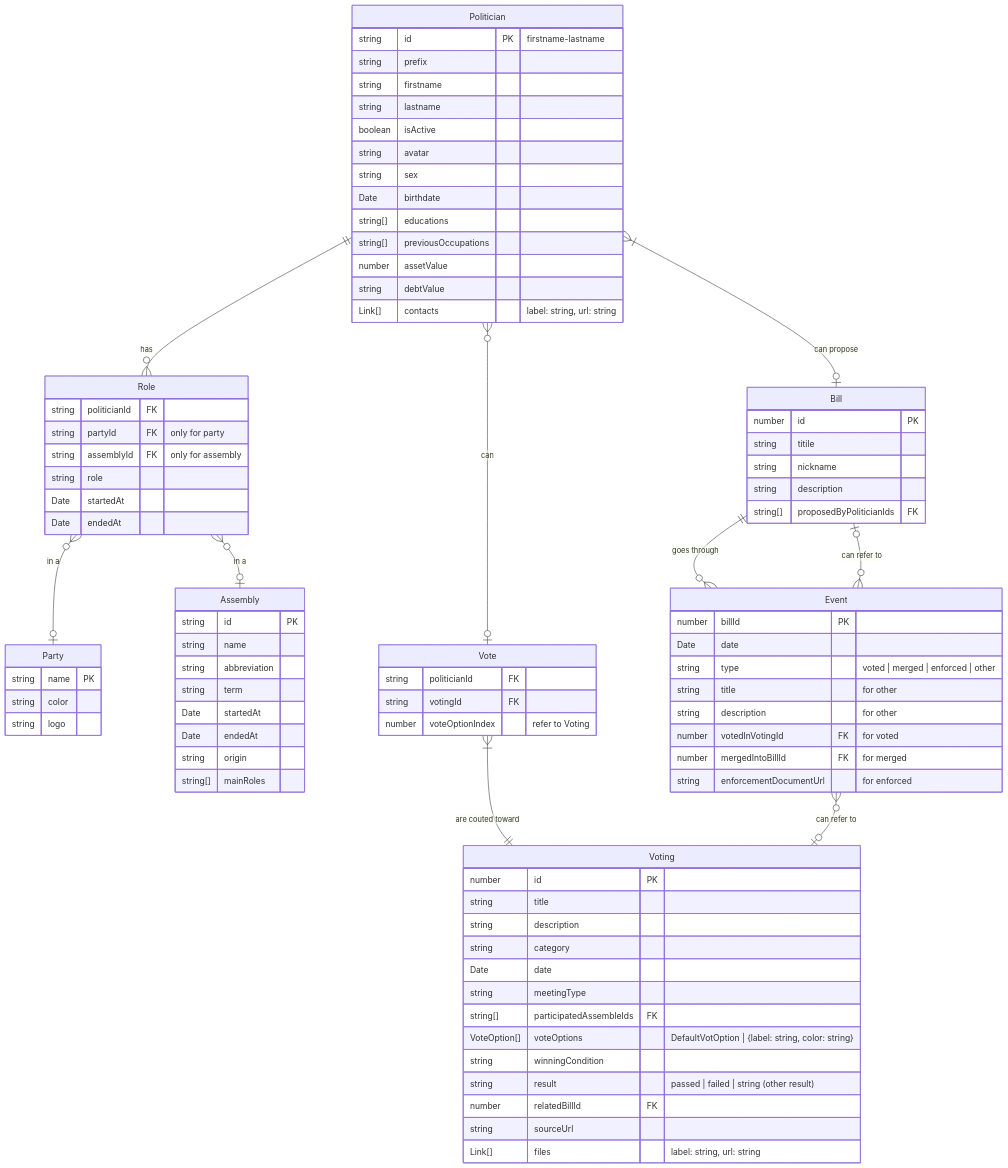
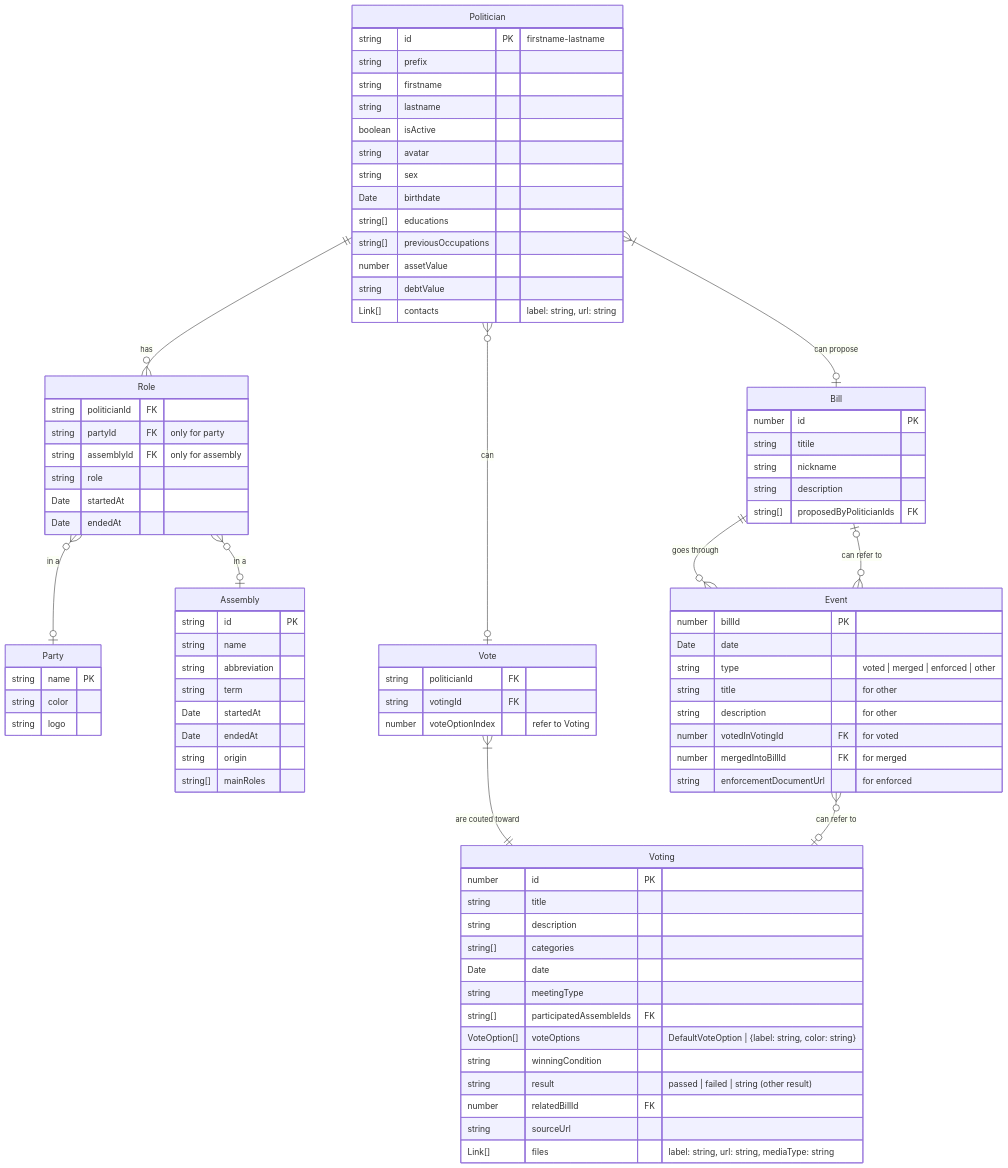
Before and after one commit to wevisdemo/parliament-watch: the diagram in src/models/README.md, drawn with Mermaid. The commit also changed 5 other files, not shown here.

```diff
--- a/src/models/README.md
+++ b/src/models/README.md
@@ -66,16 +66,16 @@
     number id PK
     string title
     string description
-    string category
+    string[] categories
     Date date
     string meetingType
     string[] participatedAssembleIds FK
-    VoteOption[] voteOptions "DefaultVotOption | {label: string, color: string}"
+    VoteOption[] voteOptions "DefaultVoteOption | {label: string, color: string}"
     string winningCondition
     string result "passed | failed | string (other result)"
     number relatedBillId FK
     string sourceUrl
-    Link[] files "label: string, url: string"
+    Link[] files "label: string, url: string, mediaType: string"
   }
 
   Vote {
```
